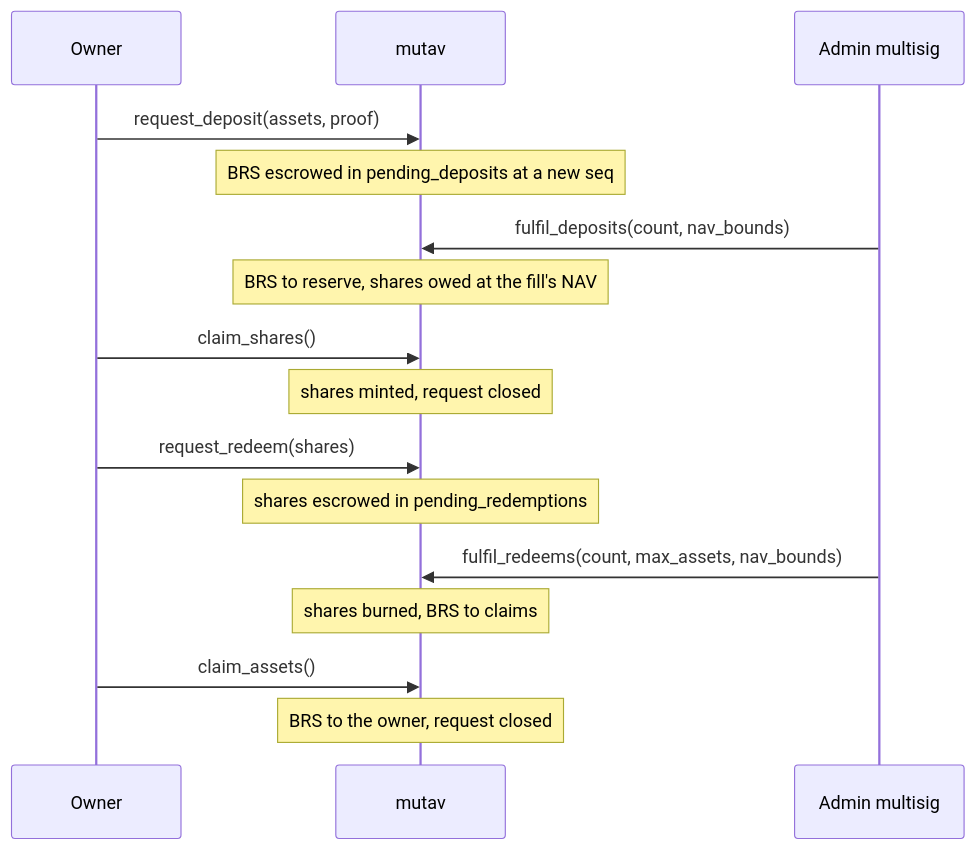
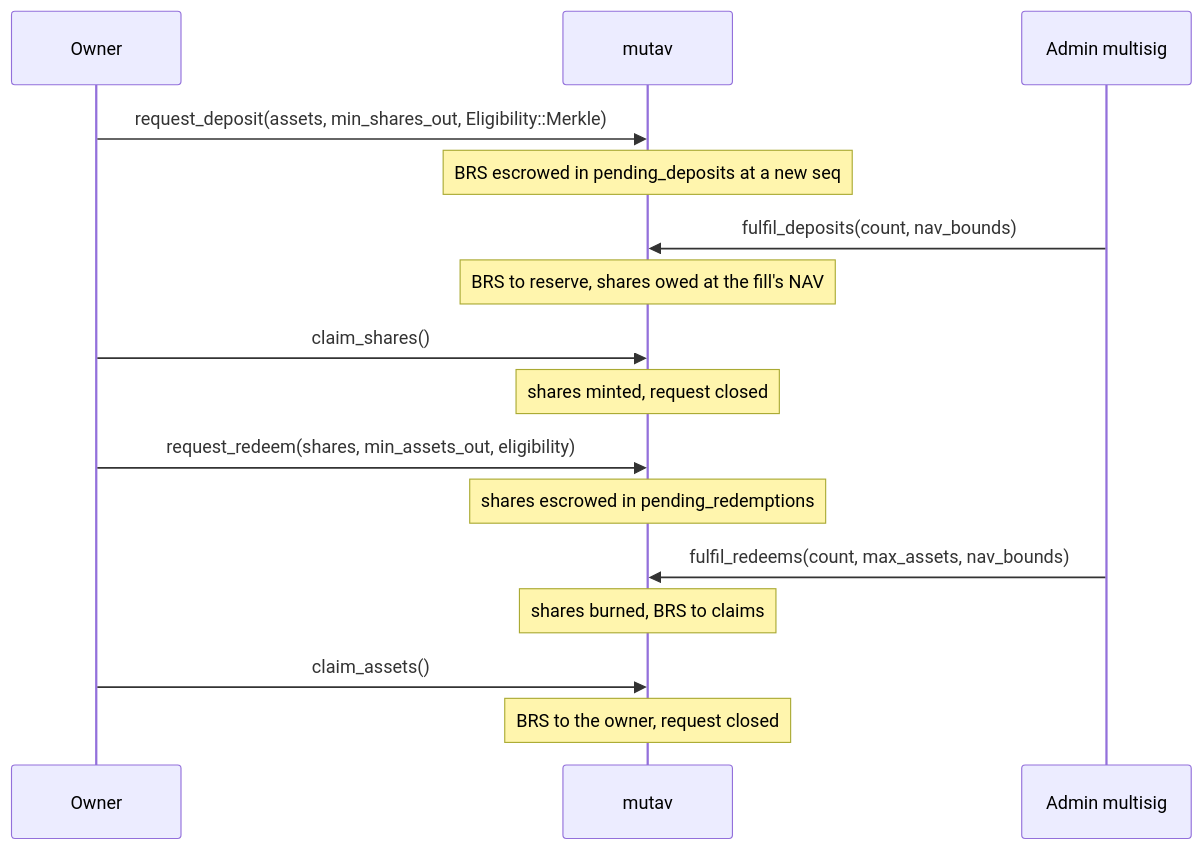
The second of 3 diagrams in docs/architecture/money-flows.md (mutav-finance/mutav-protocol-solana), drawn with Mermaid before and after one commit. The commit also changed other lines of this file and 12 other files, not shown here.

First line of the commit message:
docs: align architecture and security pages with main

````diff
--- a/docs/architecture/money-flows.md
+++ b/docs/architecture/money-flows.md
@@ -77,18 +80,18 @@
 ```mermaid
 sequenceDiagram
   participant Owner
   participant Program as mutav
   participant Admin as Admin multisig
-  Owner->>Program: request_deposit(assets, proof)
+  Owner->>Program: request_deposit(assets, min_shares_out, Eligibility::Merkle)
   Note over Program: BRS escrowed in pending_deposits at a new seq
   Admin->>Program: fulfil_deposits(count, nav_bounds)
   Note over Program: BRS to reserve, shares owed at the fill's NAV
   Owner->>Program: claim_shares()
   Note over Program: shares minted, request closed
-  Owner->>Program: request_redeem(shares)
+  Owner->>Program: request_redeem(shares, min_assets_out, eligibility)
   Note over Program: shares escrowed in pending_redemptions
   Admin->>Program: fulfil_redeems(count, max_assets, nav_bounds)
   Note over Program: shares burned, BRS to claims
   Owner->>Program: claim_assets()
   Note over Program: BRS to the owner, request closed
 ```
````
